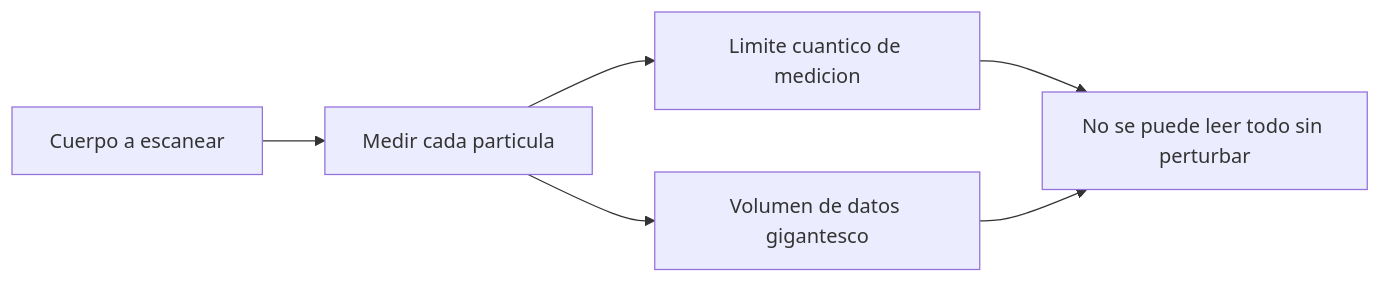
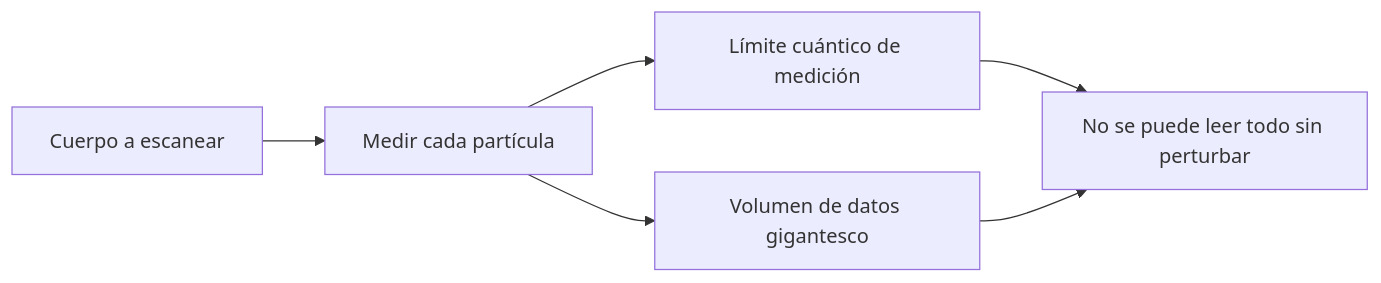
One commit to vladimiracunadev-create/machine-operator-program changed the second of 3 diagrams in vehiculos-fantasticos/teletransportador/operacion/sistemas-mecanicos-teletransportador.md. Above: the diagram before and after it, drawn with Mermaid. The commit also changed other lines of this file and 442 other files, not shown here.

````diff
--- a/vehiculos-fantasticos/teletransportador/operacion/sistemas-mecanicos-teletransportador.md
+++ b/vehiculos-fantasticos/teletransportador/operacion/sistemas-mecanicos-teletransportador.md
@@ -40,8 +40,8 @@
 ```mermaid
 flowchart LR
-    Cuerpo[Cuerpo a escanear] --> Medir[Medir cada particula]
-    Medir --> Limite[Limite cuantico de medicion]
+    Cuerpo[Cuerpo a escanear] --> Medir[Medir cada partícula]
+    Medir --> Limite[Límite cuántico de medición]
     Medir --> Volumen[Volumen de datos gigantesco]
     Limite --> Problema[No se puede leer todo sin perturbar]
     Volumen --> Problema
 ```
````
